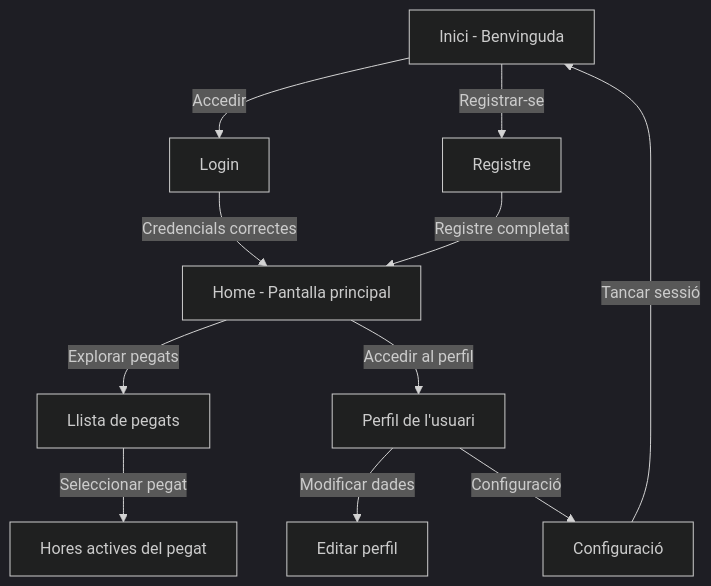
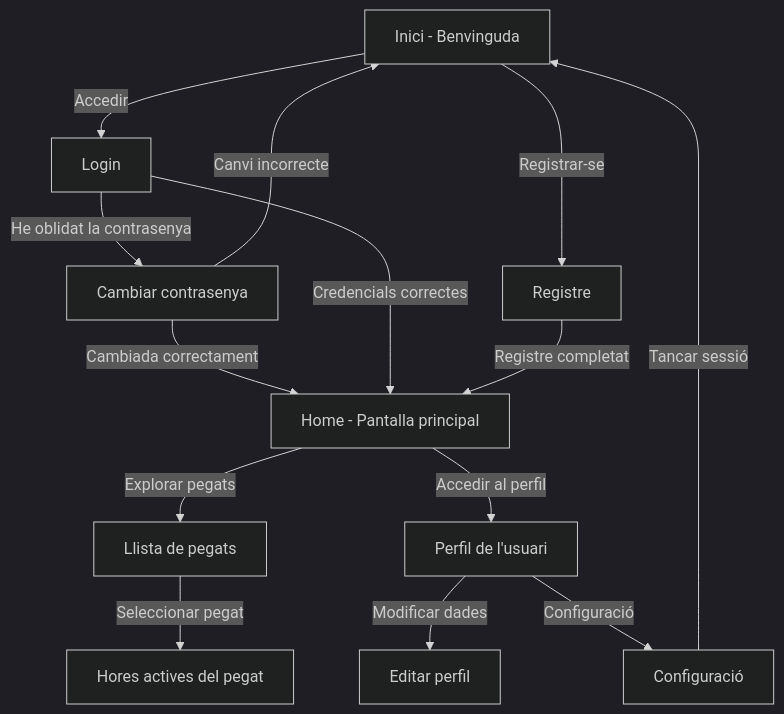
One commit to maraagm/TapatApp changed the diagram in chards/diagramPestanyes.mmd. Above: the diagram before and after it, drawn with Mermaid (dark theme).

```diff
--- a/chards/diagramPestanyes.mmd
+++ b/chards/diagramPestanyes.mmd
@@ -1,11 +1,14 @@
 flowchart TD
     A[Inici - Benvinguda] -->|Accedir| B[Login]
+    B -->|He oblidat la contrasenya| F[Cambiar contrasenya]
+    F -->|Cambiada correctament| D
+    F -->|Canvi incorrecte|A
     A -->|Registrar-se| C[Registre]
     B -->|Credencials correctes| D[Home - Pantalla principal]
     C -->|Registre completat| D
     D -->|Explorar pegats| E[Llista de pegats]
     E -->|Seleccionar pegat| G[Hores actives del pegat]
     D -->|Accedir al perfil| J[Perfil de l'usuari]
     J -->|Modificar dades| K[Editar perfil]
     J -->|Configuració| L[Configuració]
     L -->|Tancar sessió| A
```
